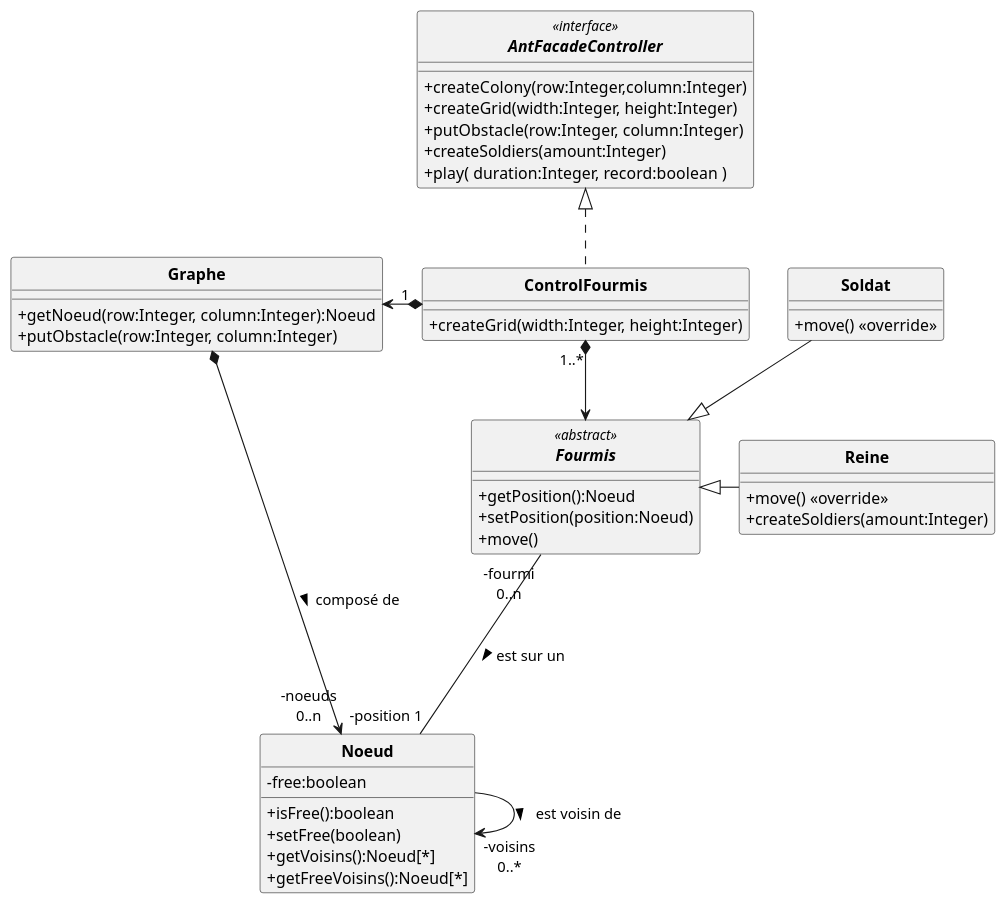
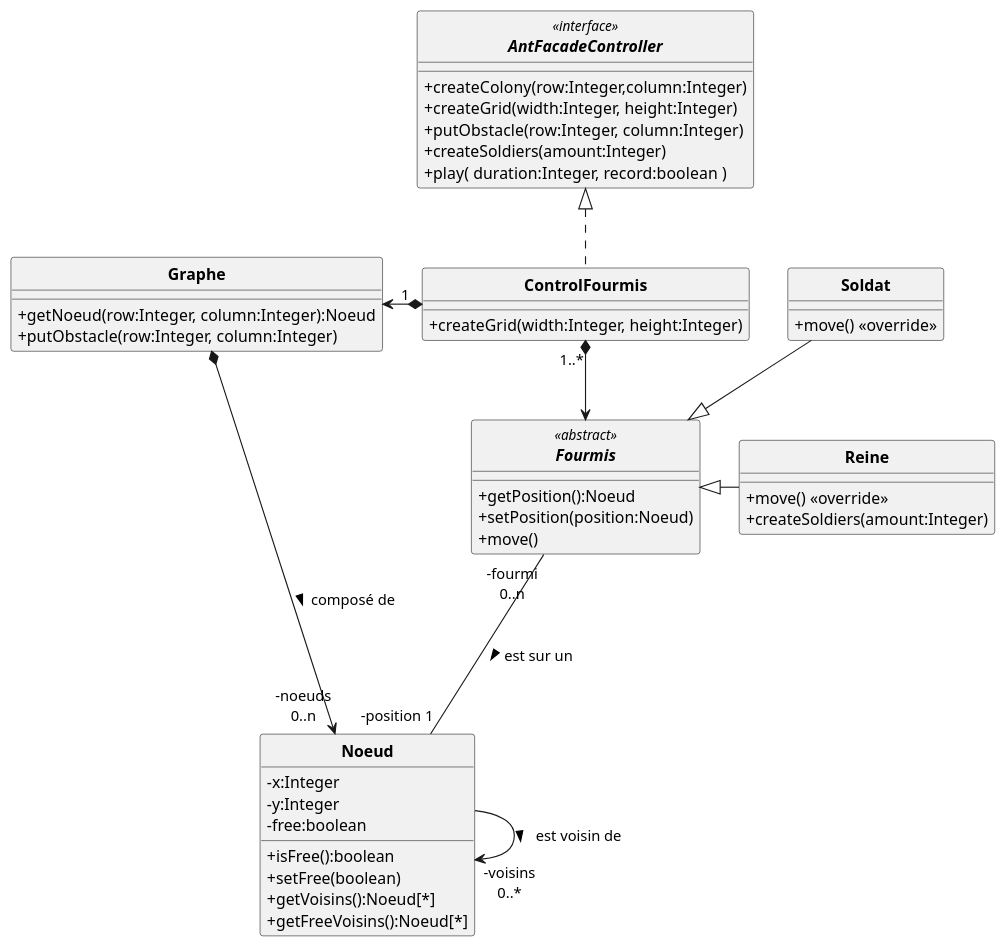
Before and after one commit to ErenMustafaGit/ColonieFourmis: the diagram in src/main/uml/Fourmis_DC.puml, drawn with PlantUML. The commit also changed 1 other file, not shown here.

Commit message:
Modification de la classe Graphe et du diagrame de conception

```diff
--- a/src/main/uml/Fourmis_DC.puml
+++ b/src/main/uml/Fourmis_DC.puml
@@ -1,69 +1,71 @@
 @startuml
 'https://plantuml.com/sequence-diagram
 allow_mixing
 skinparam style strictuml
 skinparam classAttributeIconSize 0
 skinparam circledCharacterRadius 0
 skinparam circledCharacterFontSize 0
 skinparam classFontStyle Bold
 'autonumber
 
 'Controleur
 interface AntFacadeController <<interface>> {
     '+setParameters( evaporationParam:Integer, foodParam:Integer, pheromoneParam:Integer )
     +createColony(row:Integer,column:Integer)
     +createGrid(width:Integer, height:Integer)
     +putObstacle(row:Integer, column:Integer)
     '+putFood( row:Integer, column:Integer, quantity:Integer);
     '+createWorkers( amount:Integer )
     +createSoldiers(amount:Integer)
     '+setAntFile(antLogFile:String);
     +play( duration:Integer, record:boolean )
 }
 
 class Noeud {
+    -x:Integer
+    -y:Integer
     -free:boolean
     +isFree():boolean
     +setFree(boolean)
     +getVoisins():Noeud[*]
     +getFreeVoisins():Noeud[*]
 }
 
 abstract Fourmis <<abstract>> {
     +getPosition():Noeud
     +setPosition(position:Noeud)
     +move()
 }
 class Reine{
     +move() <<override>>
     +createSoldiers(amount:Integer)
 
 }
 class Soldat{
     +move() <<override>>
 }
 
 
-'class Graphe implements AntFacadeController{
+'class Graphe implements projet.v2.AntFacadeController{
 class ControlFourmis implements AntFacadeController{
     +createGrid(width:Integer, height:Integer)
 }
 
 
 class Graphe{
  +getNoeud(row:Integer, column:Integer):Noeud
  +putObstacle(row:Integer, column:Integer)
 }
 
 
 Soldat --|> Fourmis
 Reine -l-|> Fourmis
 
 ControlFourmis "1 " *-l-> Graphe
 ControlFourmis "1..*" *--> Fourmis
 
 Graphe *-r-> "-noeuds\n0..n" Noeud : composé de >
 Fourmis "-fourmi\n0..n" --- "-position 1" Noeud  : est sur un >
 Noeud -> "-voisins\n0..*"  Noeud  : est voisin de >
 
 @enduml
```
